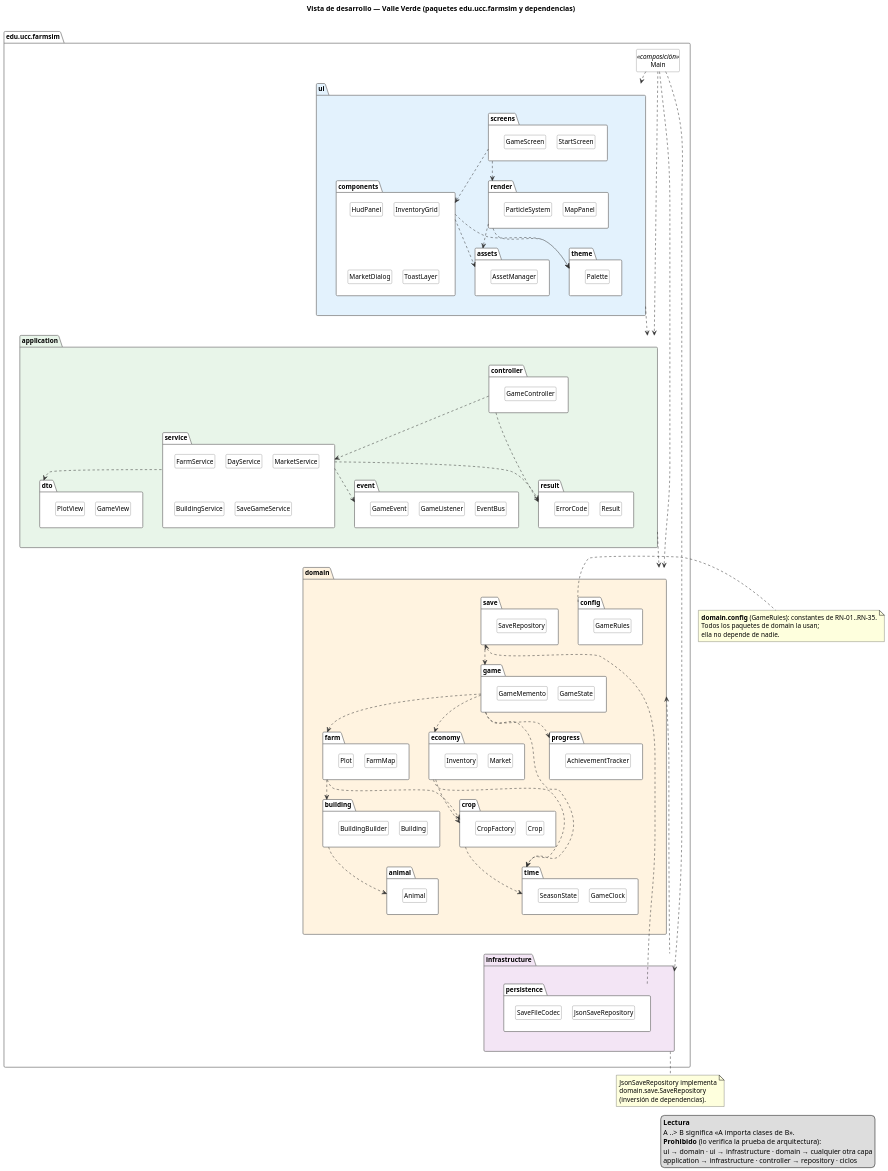
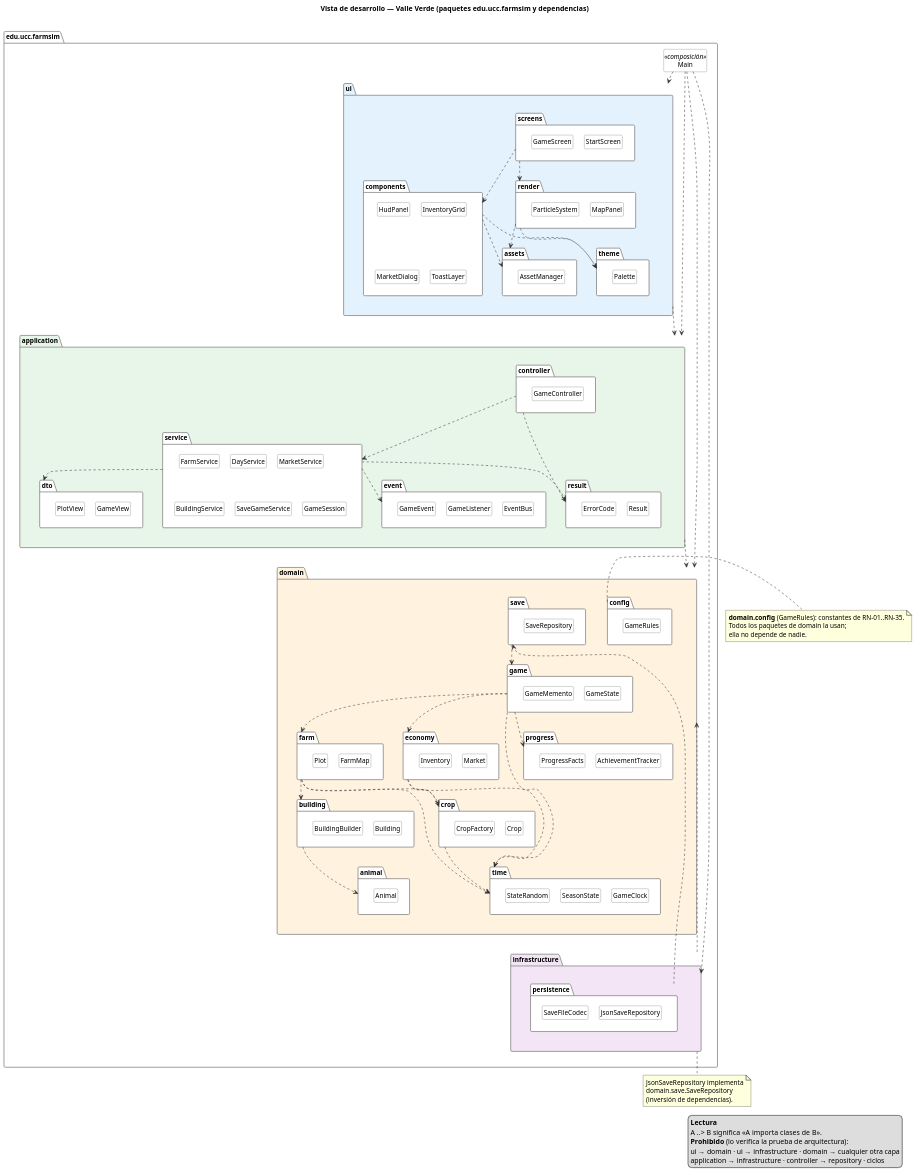
Before and after one commit to MarioZaMu/valle-verde: the diagram in docs/diagramas/04_vista_desarrollo.puml, drawn with PlantUML. The commit also changed 5 other files, not shown here.

Commit message:
docs(diagrams): break game-progress cycle with ProgressFacts and add GameSession, StateRandom

```diff
--- a/docs/diagramas/04_vista_desarrollo.puml
+++ b/docs/diagramas/04_vista_desarrollo.puml
@@ -67,6 +67,7 @@
       class MarketService
       class BuildingService
       class SaveGameService
+      class GameSession
     }
     package "event" as APP_EVT #FFFFFF {
       class EventBus
@@ -113,9 +114,11 @@
     package "time" as D_TIM #FFFFFF {
       class GameClock
       class SeasonState
+      class StateRandom
     }
     package "progress" as D_PRO #FFFFFF {
       class AchievementTracker
+      class ProgressFacts
     }
     package "config" as D_CFG #FFFFFF {
       class GameRules
@@ -175,6 +178,7 @@
 D_SAVE .down.> D_GAME
 D_FARM .down.> D_CROP
 D_FARM .down.> D_BLD
+D_FARM .down.> D_TIM
 D_BLD .down.> D_ANI
 D_CROP .down.> D_TIM
 D_ECO .down.> D_CROP
```
